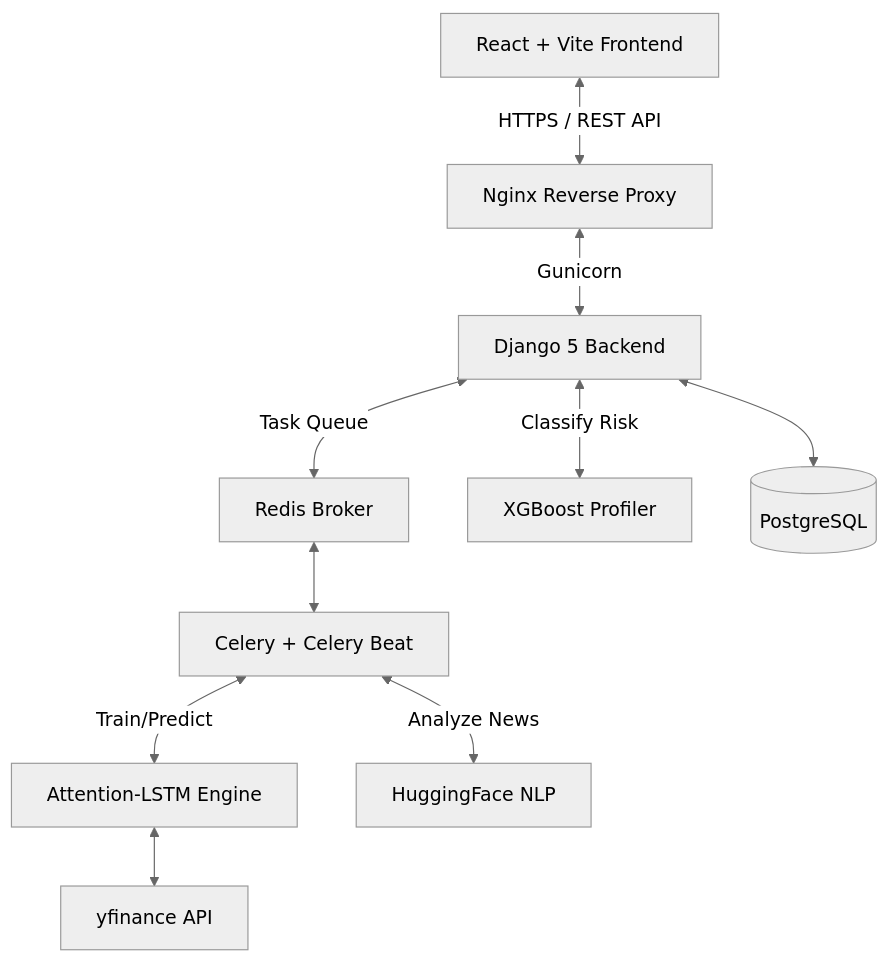
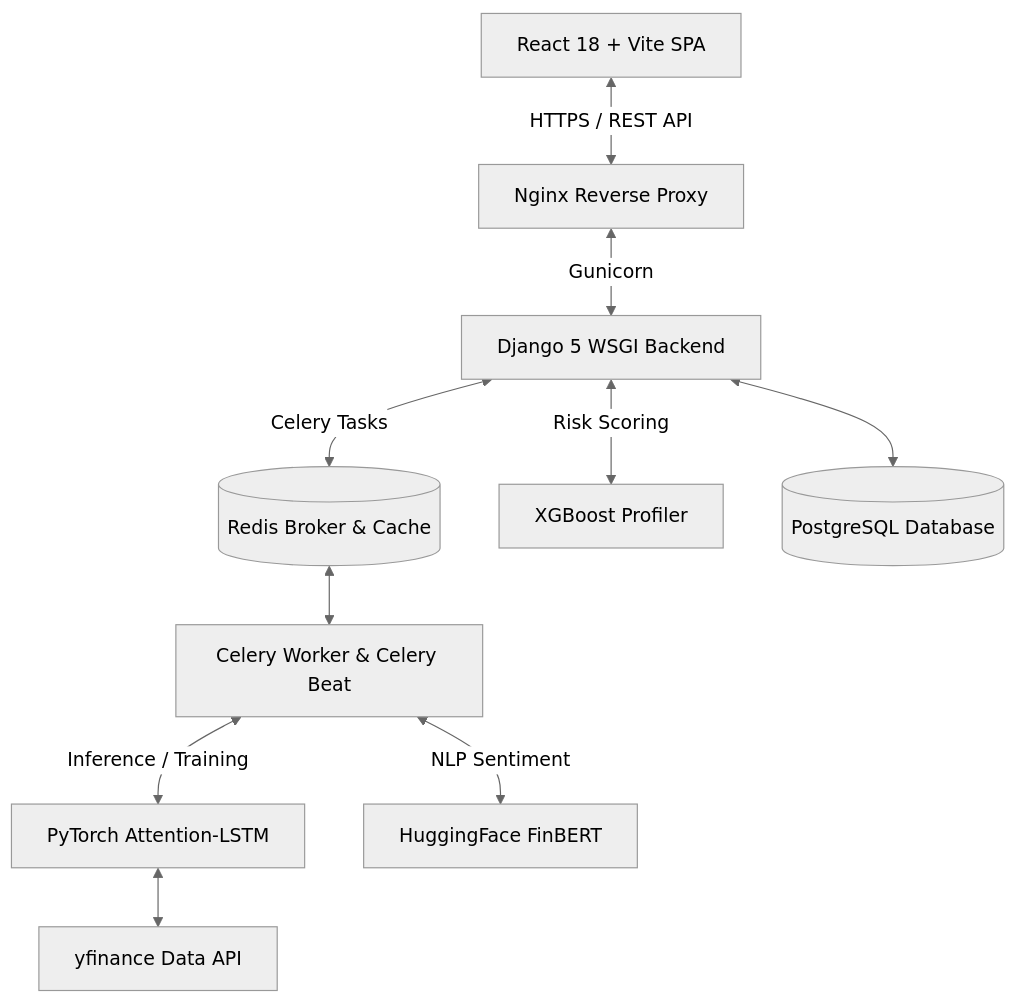
One commit to ankitrmishra01/Cresta1 changed the second of 3 diagrams in README.md. Above: the diagram before and after it, drawn with Mermaid (neutral theme). The commit also changed other lines of this file, not shown here.

Commit message:
docs: elevate README with premium formatting, architecture diagrams, and ML specs

````diff
--- a/README.md
+++ b/README.md
@@ -197,12 +194,12 @@
 ```mermaid
 graph TD
-    Client[React + Vite Frontend] <-->|HTTPS / REST API| Nginx[Nginx Reverse Proxy]
-    Nginx <-->|Gunicorn| Django[Django 5 Backend]
-    Django <-->|Task Queue| Redis[Redis Broker]
-    Redis <--> Celery[Celery + Celery Beat]
-    Celery <-->|Train/Predict| PyTorch[Attention-LSTM Engine]
-    Celery <-->|Analyze News| FinBERT[HuggingFace NLP]
-    Django <-->|Classify Risk| XGBoost[XGBoost Profiler]
-    Django <--> Postgres[(PostgreSQL)]
-    PyTorch <--> YF[yfinance API]
+    Client["React 18 + Vite SPA"] <-->|"HTTPS / REST API"| Nginx["Nginx Reverse Proxy"]
+    Nginx <-->|"Gunicorn"| Django["Django 5 WSGI Backend"]
+    Django <-->|"Celery Tasks"| Redis[("Redis Broker & Cache")]
+    Redis <--> Celery["Celery Worker & Celery Beat"]
+    Celery <-->|"Inference / Training"| PyTorch["PyTorch Attention-LSTM"]
+    Celery <-->|"NLP Sentiment"| FinBERT["HuggingFace FinBERT"]
+    Django <-->|"Risk Scoring"| XGBoost["XGBoost Profiler"]
+    Django <--> Postgres[("PostgreSQL Database")]
+    PyTorch <--> YF["yfinance Data API"]
 ```
````
